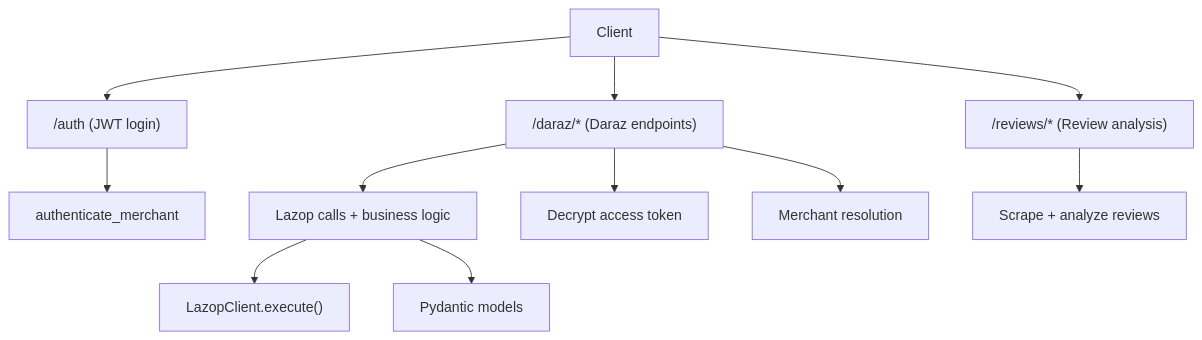
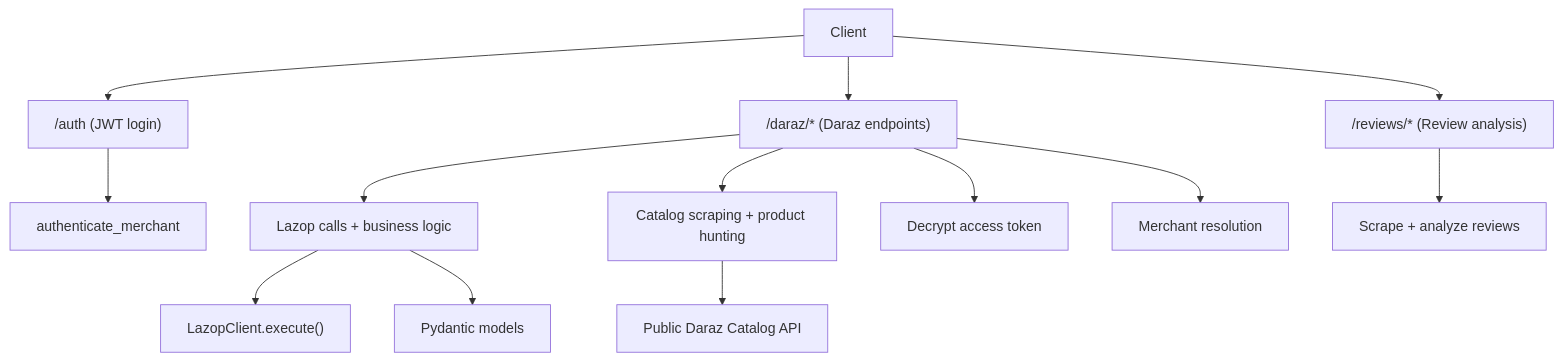
The first of 5 diagrams in .qoder/repowiki/en/content/API Reference/Marketplace Integration API/Daraz Integration API.md (Muhammad-Masood/tijarah-ai-backend), drawn with Mermaid before and after one commit. The commit also changed other lines of this file and 20 other files, not shown here.

Commit message:
Enhance Daraz integration with new catalog search and product hunting endpoints; update Makefile for local server host configuration. Added primary category name enrichment in product models and improved API documentation.

````diff
--- a/.qoder/repowiki/en/content/API Reference/Marketplace Integration API/Daraz Integration API.md
+++ b/.qoder/repowiki/en/content/API Reference/Marketplace Integration API/Daraz Integration API.md
@@ -47,13 +56,15 @@
 ```mermaid
 graph TB
 Client["Client"] --> AuthRouter["/auth (JWT login)"]
 Client --> DarazRouter["/daraz/* (Daraz endpoints)"]
 Client --> ReviewsRouter["/reviews/* (Review analysis)"]
 AuthRouter --> AuthService["authenticate_merchant"]
 DarazRouter --> DarazService["Lazop calls + business logic"]
+DarazRouter --> CatalogService["Catalog scraping + product hunting"]
 ReviewsRouter --> ReviewsService["Scrape + analyze reviews"]
 DarazService --> LazopClient["LazopClient.execute()"]
+CatalogService --> PublicAPI["Public Daraz Catalog API"]
 DarazService --> Models["Pydantic models"]
 DarazRouter --> Security["Decrypt access token"]
 DarazRouter --> Dependencies["Merchant resolution"]
 ```
````
